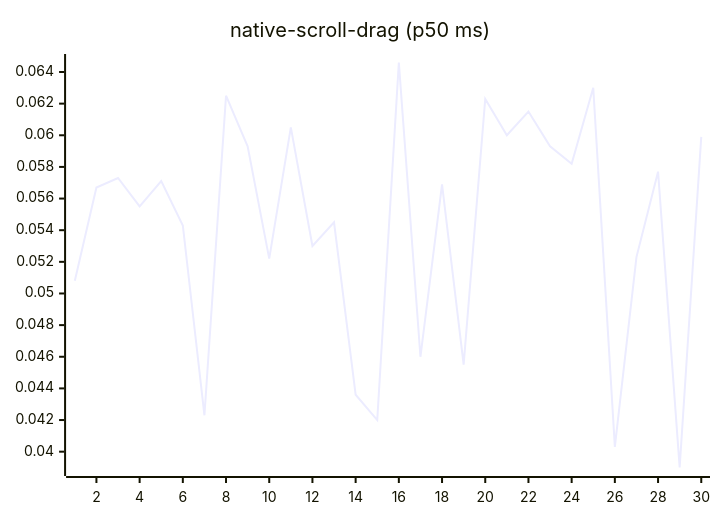
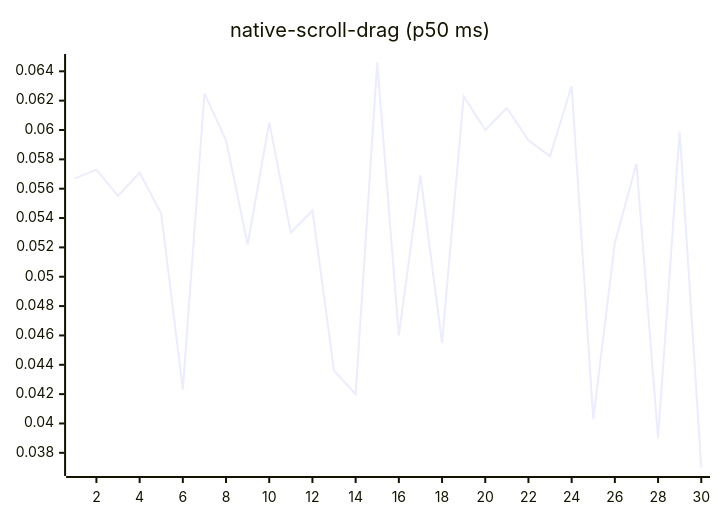
Diagram 14 of 27 in README.md (josha/Facet), drawn with Mermaid before and after one commit. The commit also changed other lines of this file and 2 other files, not shown here.

````diff
--- a/README.md
+++ b/README.md
@@ -154,6 +154,6 @@
 ```mermaid
 xychart-beta
     title "native-scroll-drag (p50 ms)"
     x-axis 1 --> 30
-    line [0.0508, 0.0567, 0.0573, 0.0555, 0.0571, 0.0543, 0.0423, 0.0625, 0.0593, 0.0522, 0.0605, 0.0530, 0.0545, 0.0436, 0.0420, 0.0646, 0.0460, 0.0569, 0.0455, 0.0623, 0.0600, 0.0615, 0.0593, 0.0582, 0.0630, 0.0403, 0.0523, 0.0577, 0.0390, 0.0599]
+    line [0.0567, 0.0573, 0.0555, 0.0571, 0.0543, 0.0423, 0.0625, 0.0593, 0.0522, 0.0605, 0.0530, 0.0545, 0.0436, 0.0420, 0.0646, 0.0460, 0.0569, 0.0455, 0.0623, 0.0600, 0.0615, 0.0593, 0.0582, 0.0630, 0.0403, 0.0523, 0.0577, 0.0390, 0.0599, 0.0370]
 ```
````
